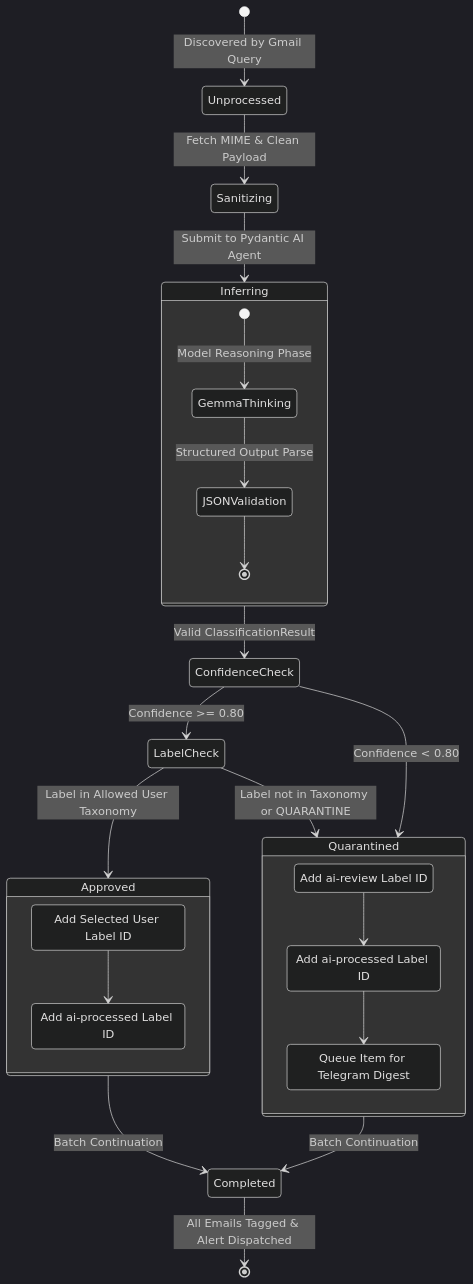
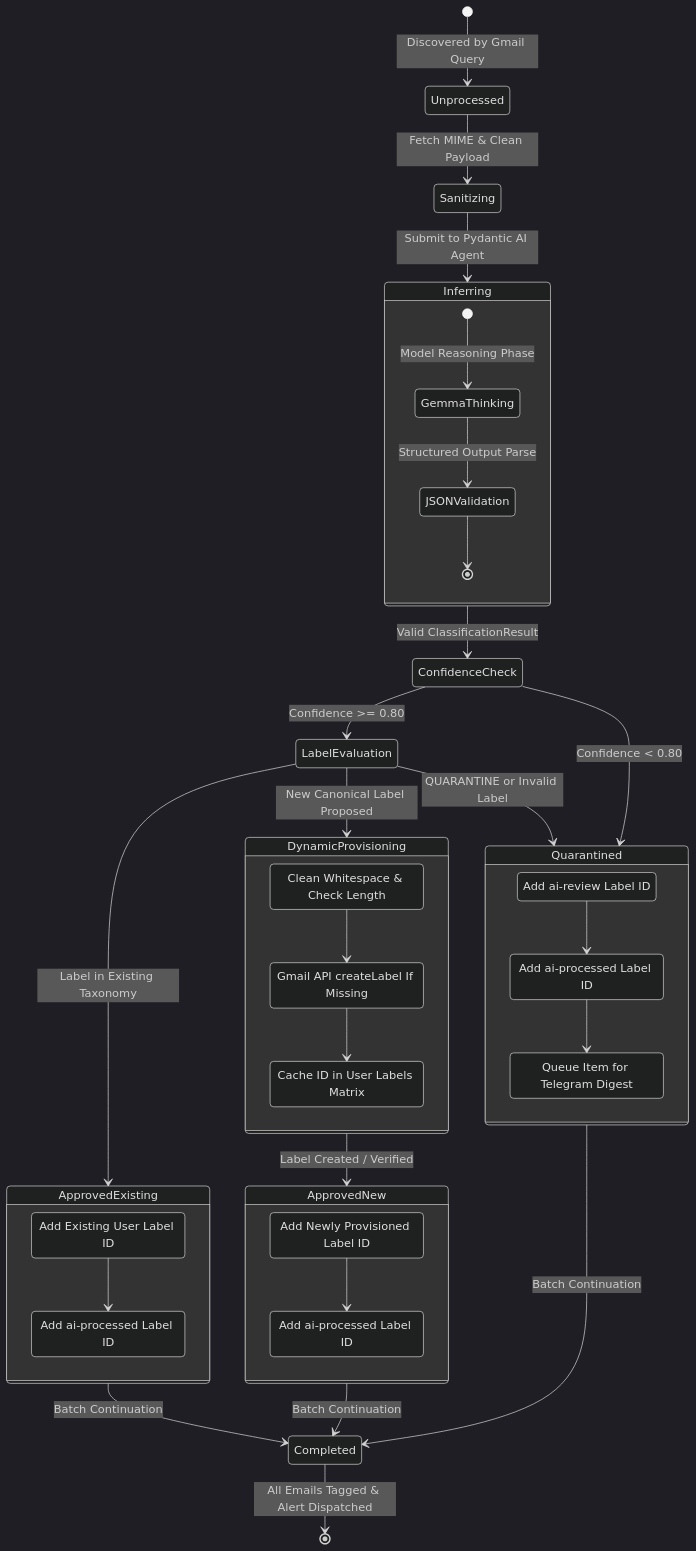
Before and after one commit to nsudhanva/homelab: the fourth of 4 diagrams in docs/src/content/docs/explanation/gmail-classifier.md, drawn with Mermaid (dark theme). The commit also changed other lines of this file and 9 other files, not shown here.

Commit message:
feat(classifier): enable autonomous canonical label discovery and provisioning

````diff
--- a/docs/src/content/docs/explanation/gmail-classifier.md
+++ b/docs/src/content/docs/explanation/gmail-classifier.md
@@ -203,40 +212,58 @@
 ```mermaid
 stateDiagram-v2
     [*] --> Unprocessed: Discovered by Gmail Query
     Unprocessed --> Sanitizing: Fetch MIME & Clean Payload
     Sanitizing --> Inferring: Submit to Pydantic AI Agent
 
     state Inferring {
         [*] --> GemmaThinking: Model Reasoning Phase
         GemmaThinking --> JSONValidation: Structured Output Parse
         JSONValidation --> [*]
     }
 
     Inferring --> ConfidenceCheck: Valid ClassificationResult
 
     state ConfidenceCheck <<choice>>
-    ConfidenceCheck --> LabelCheck: Confidence >= 0.80
+    ConfidenceCheck --> LabelEvaluation: Confidence >= 0.80
     ConfidenceCheck --> Quarantined: Confidence < 0.80
 
-    state LabelCheck <<choice>>
-    LabelCheck --> Approved: Label in Allowed User Taxonomy
-    LabelCheck --> Quarantined: Label not in Taxonomy or QUARANTINE
+    state LabelEvaluation <<choice>>
+    LabelEvaluation --> ApprovedExisting: Label in Existing Taxonomy
+    LabelEvaluation --> DynamicProvisioning: New Canonical Label Proposed
+    LabelEvaluation --> Quarantined: QUARANTINE or Invalid Label
 
-    state Approved {
-        ApplyUserLabel: Add Selected User Label ID
-        ApplyProcessedApproved: Add ai-processed Label ID
-        ApplyUserLabel --> ApplyProcessedApproved
+    state DynamicProvisioning {
+        SanitizeLabel: Clean Whitespace & Check Length
+        EnsureGmailLabel: Gmail API createLabel If Missing
+        CacheLabelId: Cache ID in User Labels Matrix
+        SanitizeLabel --> EnsureGmailLabel
+        EnsureGmailLabel --> CacheLabelId
+    }
+
+    DynamicProvisioning --> ApprovedNew: Label Created / Verified
+
+    state ApprovedExisting {
+        ApplyExistingLabel: Add Existing User Label ID
+        ApplyExistingProcessed: Add ai-processed Label ID
+        ApplyExistingLabel --> ApplyExistingProcessed
+    }
+
+    state ApprovedNew {
+        ApplyCreatedLabel: Add Newly Provisioned Label ID
+        ApplyCreatedProcessed: Add ai-processed Label ID
+        ApplyCreatedLabel --> ApplyCreatedProcessed
     }
 
     state Quarantined {
         ApplyReviewLabel: Add ai-review Label ID
         ApplyProcessedQuarantine: Add ai-processed Label ID
         LogAlert: Queue Item for Telegram Digest
         ApplyReviewLabel --> ApplyProcessedQuarantine
         ApplyProcessedQuarantine --> LogAlert
     }
 
-    Approved --> Completed: Batch Continuation
+    ApprovedExisting --> Completed: Batch Continuation
+    ApprovedNew --> Completed: Batch Continuation
     Quarantined --> Completed: Batch Continuation
     Completed --> [*]: All Emails Tagged & Alert Dispatched
 ```
````
